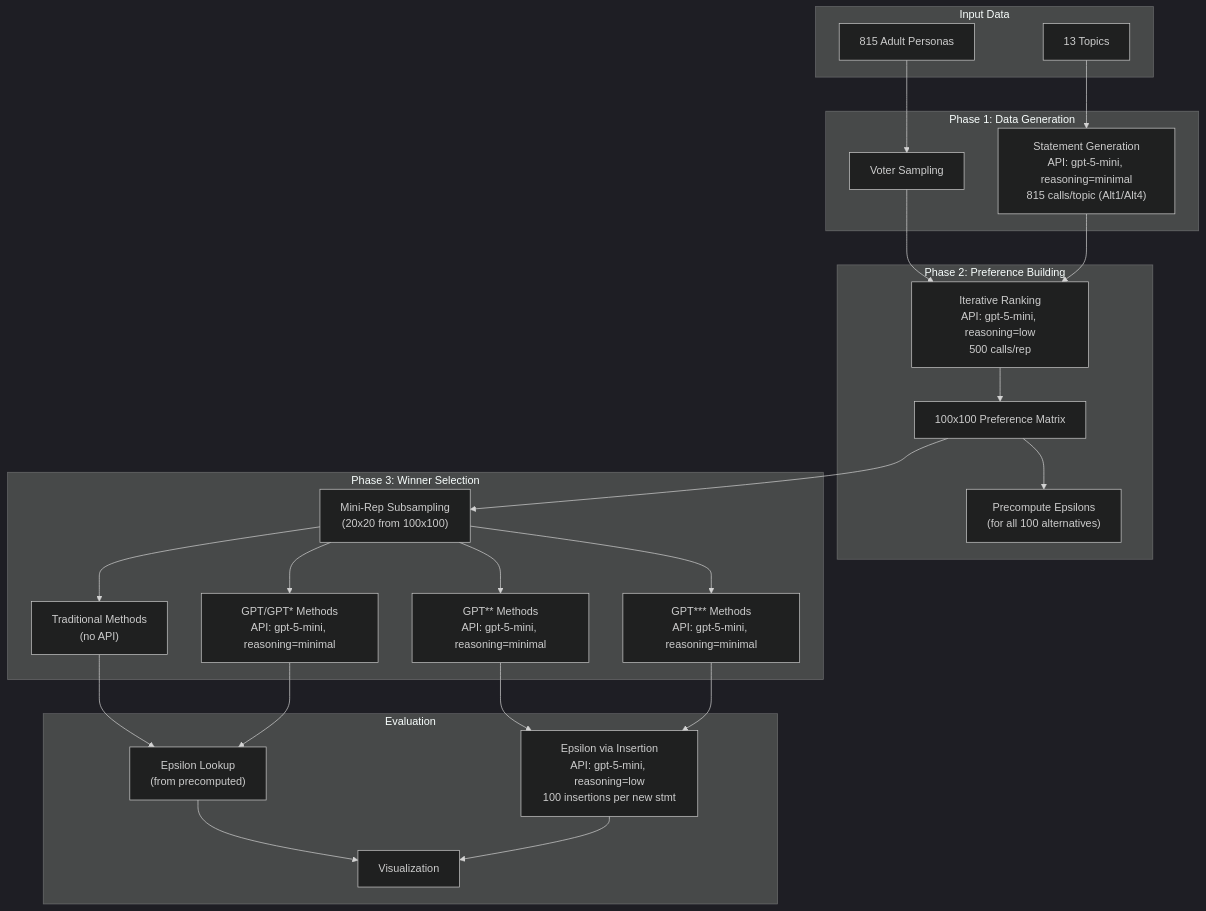
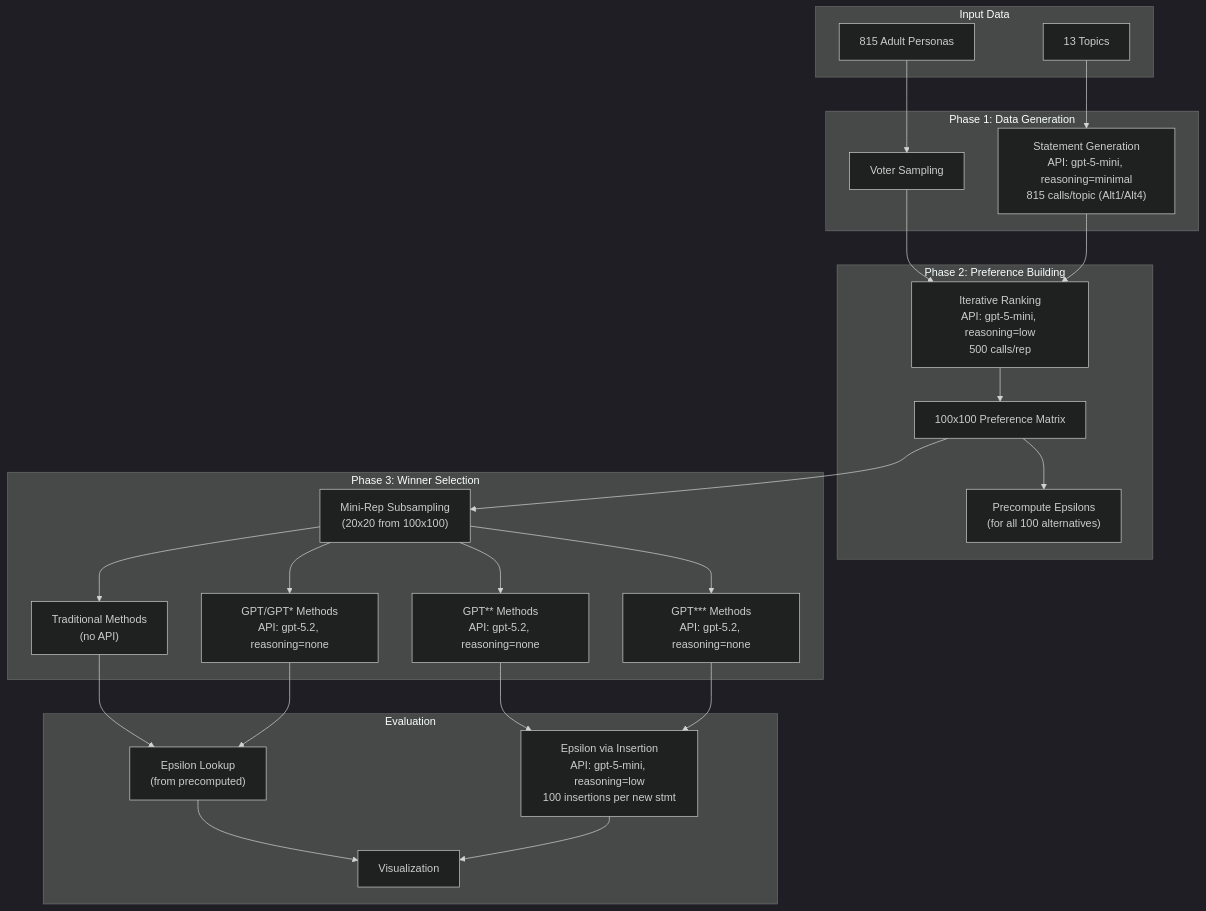
Before and after one commit to jeqcho/single-winner-generative-social-choice: the first of 2 diagrams in README.md, drawn with Mermaid (dark theme). The commit also changed other lines of this file and 17 other files, not shown here.

````diff
--- a/README.md
+++ b/README.md
@@ -46,50 +46,50 @@
 ```mermaid
 flowchart TD
     subgraph inputs [Input Data]
         P[815 Adult Personas]
         T[13 Topics]
     end
 
     subgraph phase1 [Phase 1: Data Generation]
         VS[Voter Sampling]
         SG["Statement Generation<br/>API: gpt-5-mini, reasoning=minimal<br/>815 calls/topic (Alt1/Alt4)"]
     end
 
     subgraph phase2 [Phase 2: Preference Building]
         PR["Iterative Ranking<br/>API: gpt-5-mini, reasoning=low<br/>500 calls/rep"]
         PM[100x100 Preference Matrix]
         PE["Precompute Epsilons<br/>(for all 100 alternatives)"]
     end
 
     subgraph phase3 [Phase 3: Winner Selection]
         MR["Mini-Rep Subsampling<br/>(20x20 from 100x100)"]
         TM["Traditional Methods<br/>(no API)"]
-        GPT0["GPT/GPT* Methods<br/>API: gpt-5-mini, reasoning=minimal"]
-        GPT2["GPT** Methods<br/>API: gpt-5-mini, reasoning=minimal"]
-        GPT3["GPT*** Methods<br/>API: gpt-5-mini, reasoning=minimal"]
+        GPT0["GPT/GPT* Methods<br/>API: gpt-5.2, reasoning=none"]
+        GPT2["GPT** Methods<br/>API: gpt-5.2, reasoning=none"]
+        GPT3["GPT*** Methods<br/>API: gpt-5.2, reasoning=none"]
     end
 
     subgraph metrics [Evaluation]
         EL["Epsilon Lookup<br/>(from precomputed)"]
         EI["Epsilon via Insertion<br/>API: gpt-5-mini, reasoning=low<br/>100 insertions per new stmt"]
         VIZ[Visualization]
     end
 
     P --> VS
     T --> SG
     VS --> PR
     SG --> PR
     PR --> PM
     PM --> PE
     PM --> MR
     MR --> TM
     MR --> GPT0
     MR --> GPT2
     MR --> GPT3
     TM --> EL
     GPT0 --> EL
     GPT2 --> EI
     GPT3 --> EI
     EL --> VIZ
     EI --> VIZ
 ```
````
